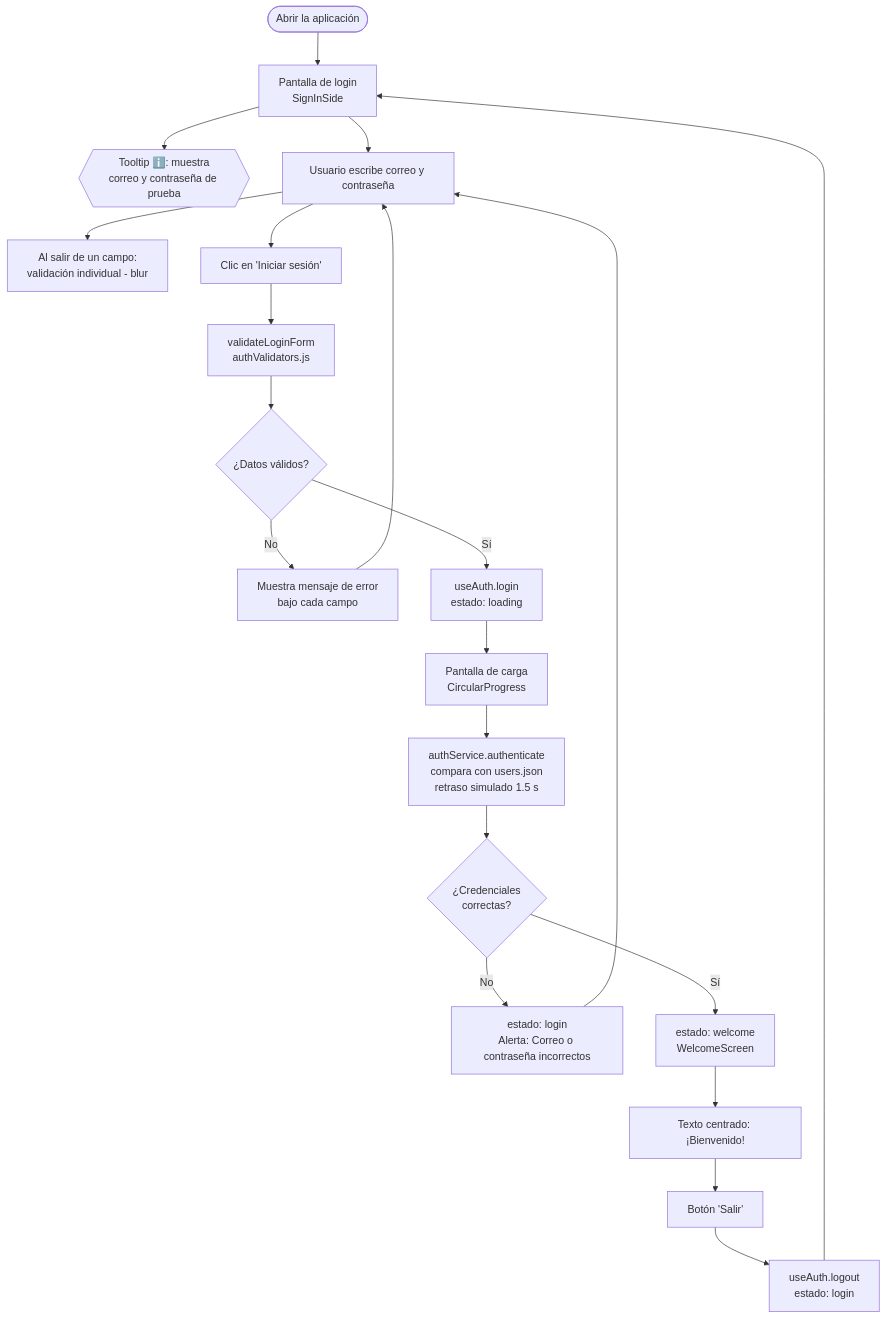
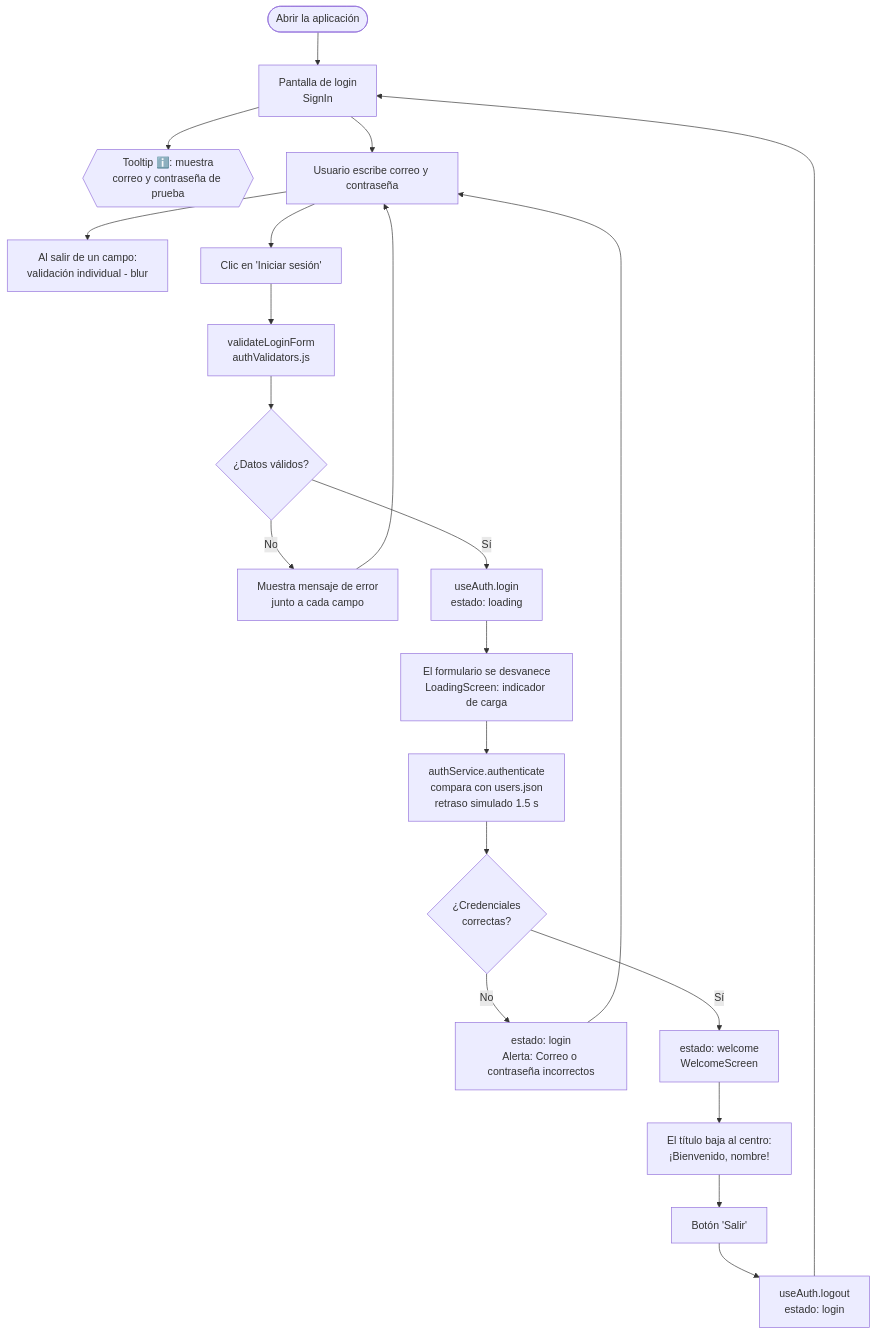
Before and after one commit to abrahamsil626/React_interfaz_login: the diagram in docs/flujo-login.mmd, drawn with Mermaid. The commit also changed 20 other files, not shown here.

```diff
--- a/docs/flujo-login.mmd
+++ b/docs/flujo-login.mmd
@@ -1,21 +1,21 @@
 flowchart TD
-    A([Abrir la aplicación]) --> B[Pantalla de login<br/>SignInSide]
+    A([Abrir la aplicación]) --> B[Pantalla de login<br/>SignIn]
     B --> C{{Tooltip ℹ️: muestra<br/>correo y contraseña de prueba}}
     B --> D[Usuario escribe correo y contraseña]
     D --> E[Al salir de un campo:<br/>validación individual - blur]
     D --> F[Clic en 'Iniciar sesión']
     F --> G[validateLoginForm<br/>authValidators.js]
     G --> H{¿Datos válidos?}
-    H -- No --> I[Muestra mensaje de error<br/>bajo cada campo]
+    H -- No --> I[Muestra mensaje de error<br/>junto a cada campo]
     I --> D
     H -- Sí --> J[useAuth.login<br/>estado: loading]
-    J --> K[Pantalla de carga<br/>CircularProgress]
+    J --> K[El formulario se desvanece<br/>LoadingScreen: indicador de carga]
     K --> L[authService.authenticate<br/>compara con users.json<br/>retraso simulado 1.5 s]
     L --> M{¿Credenciales<br/>correctas?}
     M -- No --> N[estado: login<br/>Alerta: Correo o contraseña incorrectos]
     N --> D
     M -- Sí --> O[estado: welcome<br/>WelcomeScreen]
-    O --> P[Texto centrado: ¡Bienvenido!]
+    O --> P[El título baja al centro:<br/>¡Bienvenido, nombre!]
     P --> Q[Botón 'Salir']
     Q --> R[useAuth.logout<br/>estado: login]
     R --> B
```
